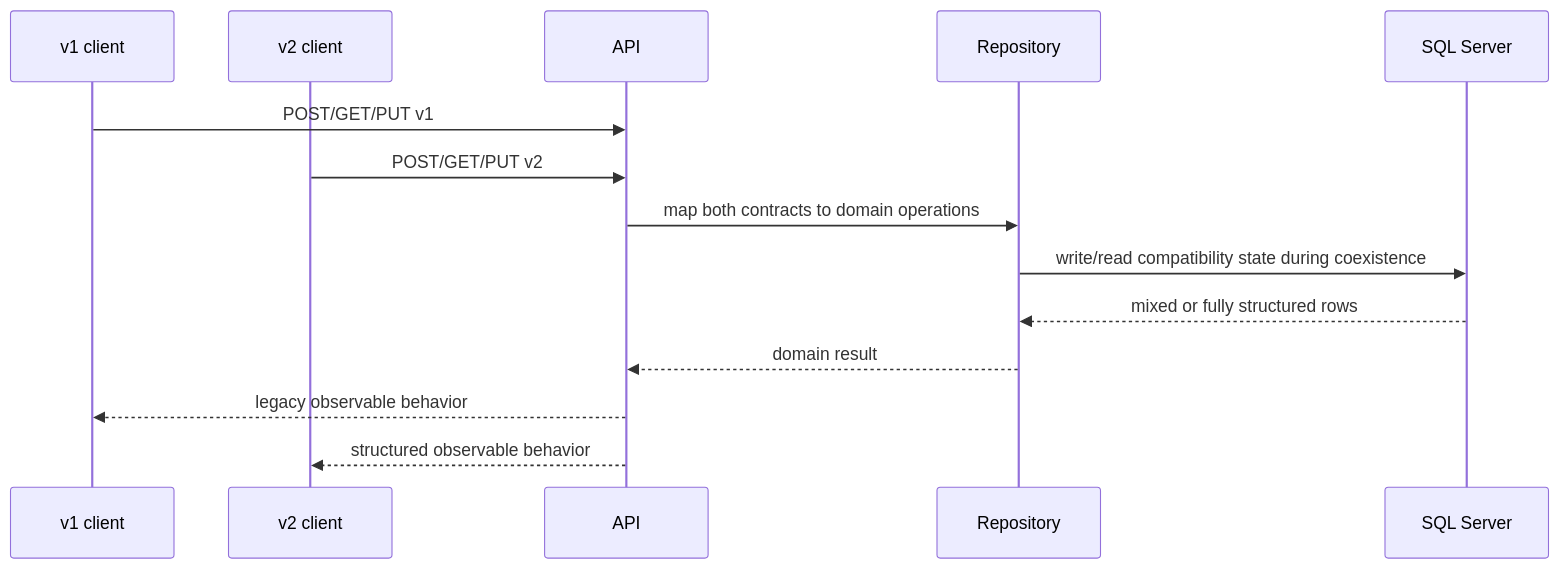
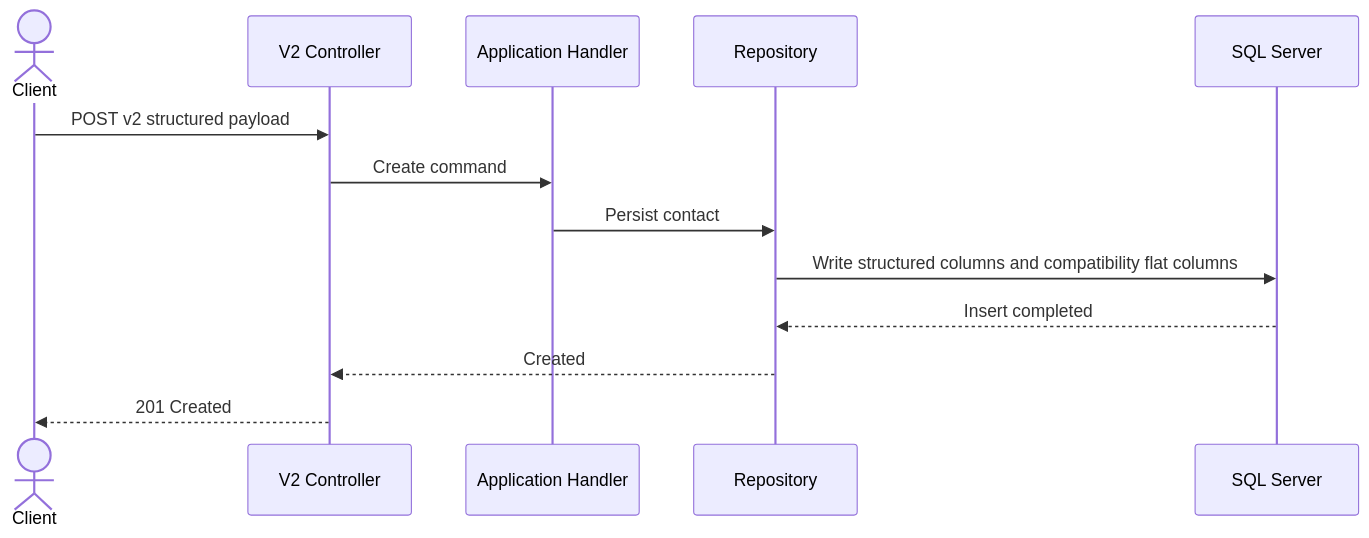
One commit to evalverde-eng/aida-parallel-changes-workshop changed the third of 7 diagrams in docs/SOLUTION.md. Above: the diagram before and after it, drawn with Mermaid. The commit also changed other lines of this file, not shown here.

````diff
--- a/docs/SOLUTION.md
+++ b/docs/SOLUTION.md
@@ -369,17 +97,16 @@
 ```mermaid
 sequenceDiagram
-    participant ClientV1 as v1 client
-    participant ClientV2 as v2 client
-    participant API as API
+    actor Client
+    participant V2 as V2 Controller
+    participant Handler as Application Handler
     participant Repo as Repository
     participant DB as SQL Server
 
-    ClientV1->>API: POST/GET/PUT v1
-    ClientV2->>API: POST/GET/PUT v2
-    API->>Repo: map both contracts to domain operations
-    Repo->>DB: write/read compatibility state during coexistence
-    DB-->>Repo: mixed or fully structured rows
-    Repo-->>API: domain result
-    API-->>ClientV1: legacy observable behavior
-    API-->>ClientV2: structured observable behavior
+    Client->>V2: POST v2 structured payload
+    V2->>Handler: Create command
+    Handler->>Repo: Persist contact
+    Repo->>DB: Write structured columns and compatibility flat columns
+    DB-->>Repo: Insert completed
+    Repo-->>V2: Created
+    V2-->>Client: 201 Created
 ```
````
